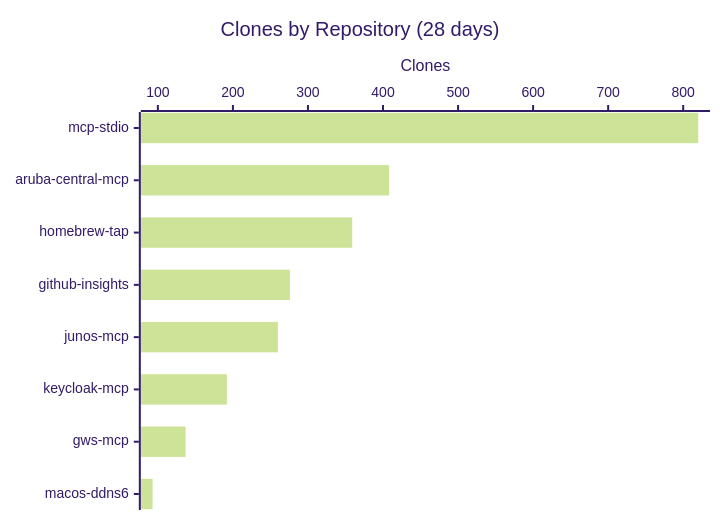
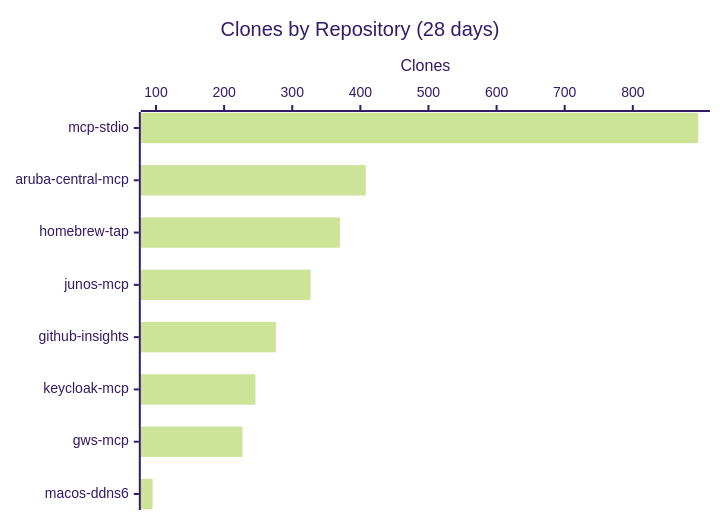
One commit to shigechika/github-insights changed the third of 3 diagrams in README.md. Above: the diagram before and after it, drawn with Mermaid (forest theme). The commit also changed other lines of this file and 1 other file, not shown here.

````diff
--- a/README.md
+++ b/README.md
@@ -32,7 +32,7 @@
 ```mermaid
 xychart-beta horizontal
     title "Clones by Repository (28 days)"
-    x-axis ["mcp-stdio", "aruba-central-mcp", "homebrew-tap", "github-insights", "junos-mcp", "keycloak-mcp", "gws-mcp", "macos-ddns6"]
+    x-axis ["mcp-stdio", "aruba-central-mcp", "homebrew-tap", "junos-mcp", "github-insights", "keycloak-mcp", "gws-mcp", "macos-ddns6"]
     y-axis "Clones"
-    bar [820, 408, 359, 276, 260, 192, 137, 93]
+    bar [896, 408, 370, 327, 276, 246, 227, 95]
 ```
````
